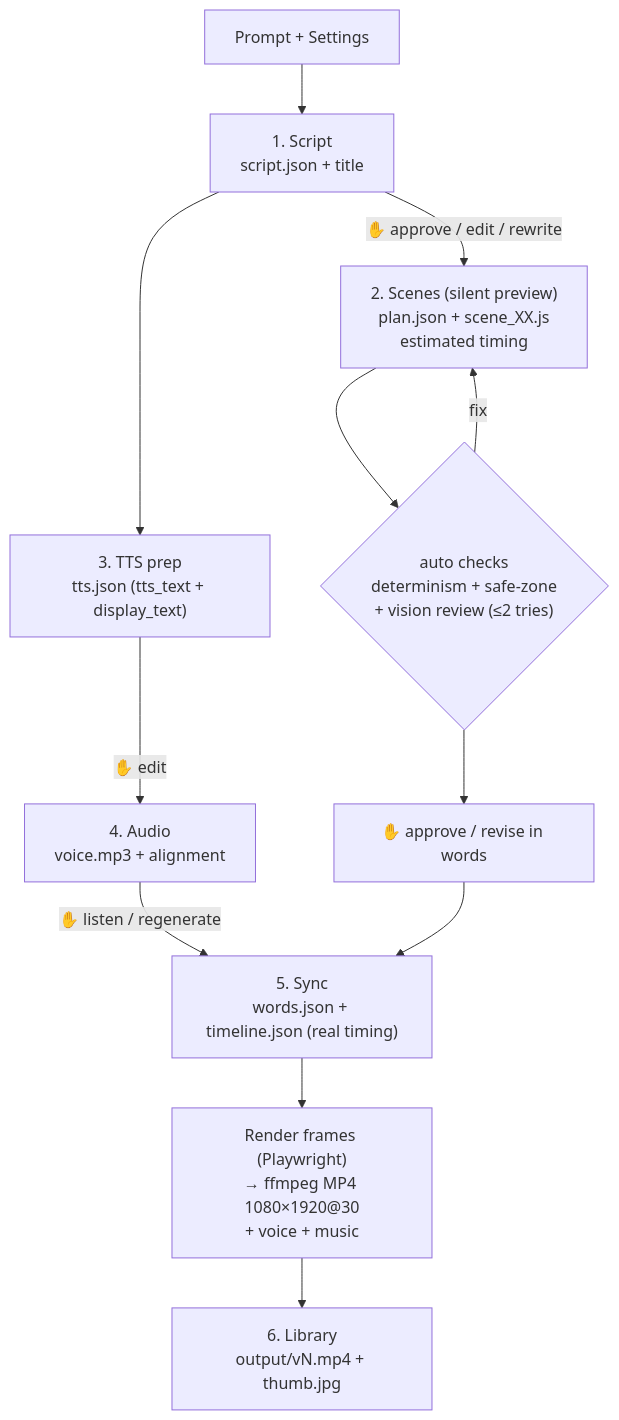
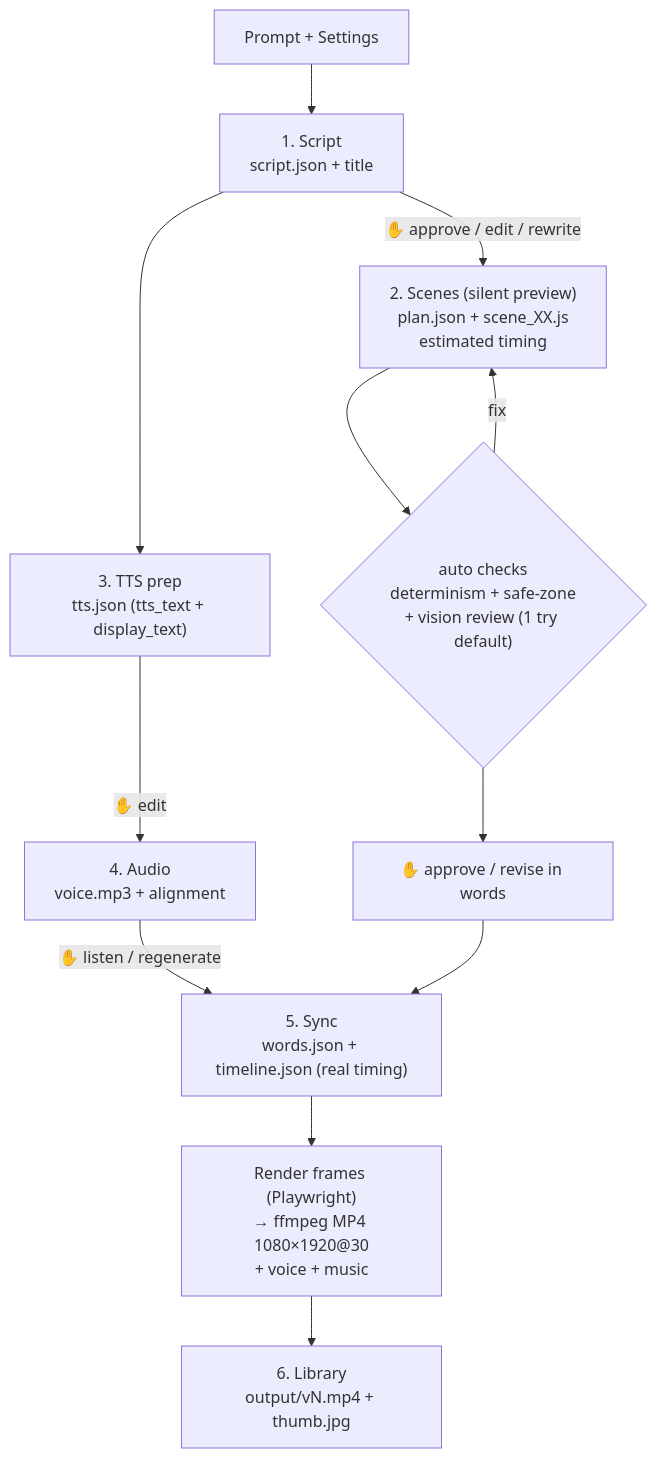
One commit to nname052/id changed the second of 3 diagrams in docs/ARCHITECTURE.md. Above: the diagram before and after it, drawn with Mermaid. The commit also changed other lines of this file and 17 other files, not shown here.

````diff
--- a/docs/ARCHITECTURE.md
+++ b/docs/ARCHITECTURE.md
@@ -79,14 +79,14 @@
 ```mermaid
 flowchart TD
   P["Prompt + Settings"] --> A["1. Script<br/>script.json + title"]
   A -->|"✋ approve / edit / rewrite"| B["2. Scenes (silent preview)<br/>plan.json + scene_XX.js<br/>estimated timing"]
-  B --> R{"auto checks<br/>determinism + safe-zone<br/>+ vision review (≤2 tries)"}
+  B --> R{"auto checks<br/>determinism + safe-zone<br/>+ vision review (1 try default)"}
   R -->|fix| B
   R --> B2["✋ approve / revise in words"]
   A --> C["3. TTS prep<br/>tts.json (tts_text + display_text)"]
   C -->|"✋ edit"| D["4. Audio<br/>voice.mp3 + alignment"]
   D -->|"✋ listen / regenerate"| E["5. Sync<br/>words.json + timeline.json (real timing)"]
   B2 --> E
   E --> F["Render frames (Playwright)<br/>→ ffmpeg MP4 1080×1920@30<br/>+ voice + music"]
   F --> G["6. Library<br/>output/vN.mp4 + thumb.jpg"]
 ```
````
